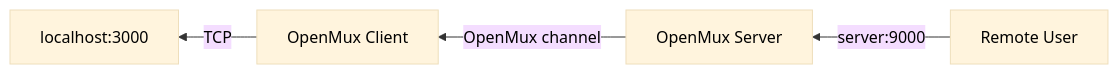
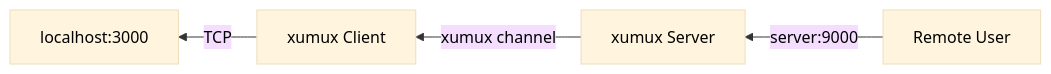
One commit to deftai/xumux changed the third of 6 diagrams in docs/ext-port-forwarding.md. Above: the diagram before and after it, drawn with Mermaid. The commit also changed other lines of this file and 11 other files, not shown here.

````diff
--- a/docs/ext-port-forwarding.md
+++ b/docs/ext-port-forwarding.md
@@ -47,7 +47,7 @@
 ```mermaid
 %%{init: {'theme': 'base', 'themeVariables': {'primaryTextColor': '#000', 'lineColor': '#333'}}}%%
 graph RL
-    RU["Remote User"] -->|"server:9000"| OS["OpenMux Server"]
-    OS -->|"OpenMux channel"| OC["OpenMux Client"]
+    RU["Remote User"] -->|"server:9000"| OS["xumux Server"]
+    OS -->|"xumux channel"| OC["xumux Client"]
     OC -->|"TCP"| DS["localhost:3000"]
 ```
````
